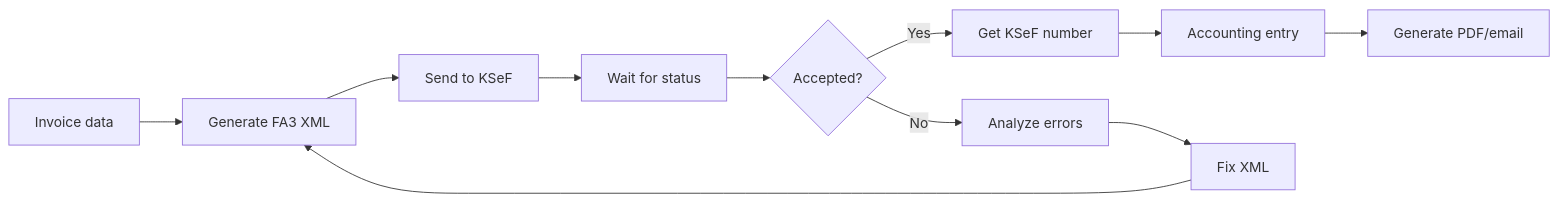
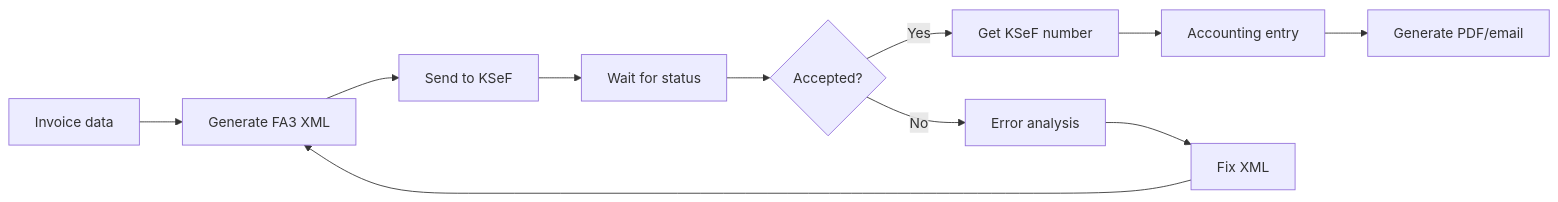
The first of 3 diagrams in ksef-accountant-en/references/ksef-accounting-workflows.md (alexwoo-awso/skills), drawn with Mermaid before and after one commit. The commit also changed other lines of this file and 8 other files, not shown here.

````diff
--- a/ksef-accountant-en/references/ksef-accounting-workflows.md
+++ b/ksef-accountant-en/references/ksef-accounting-workflows.md
@@ -11,13 +11,13 @@
 ```mermaid
 graph LR
     A[Invoice data] --> B[Generate FA3 XML]
     B --> C[Send to KSeF]
     C --> D[Wait for status]
     D --> E{Accepted?}
     E -->|Yes| F[Get KSeF number]
-    E -->|No| G[Analyze errors]
+    E -->|No| G[Error analysis]
     F --> H[Accounting entry]
     H --> I[Generate PDF/email]
     G --> J[Fix XML]
     J --> B
 ```
````
